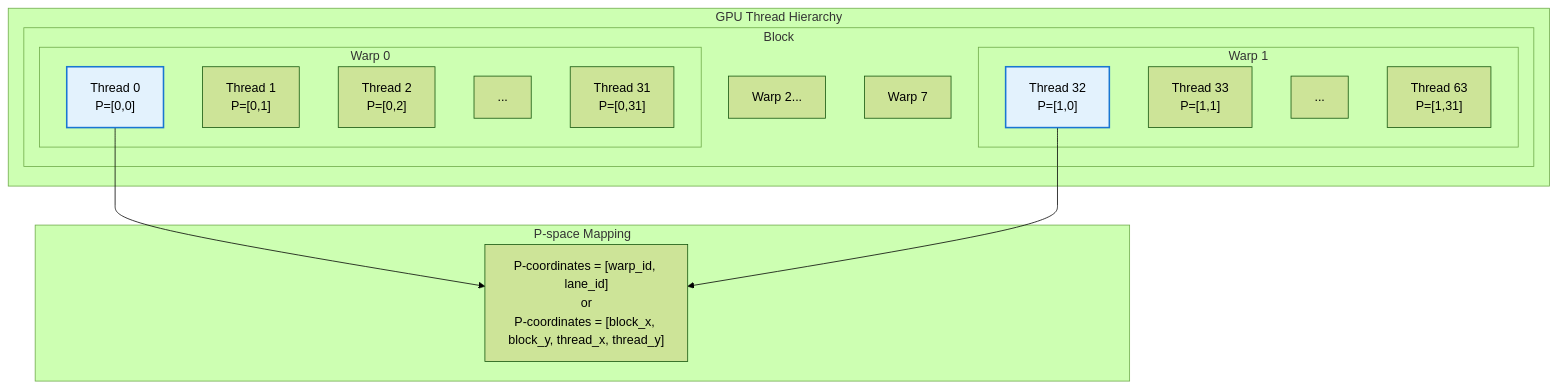
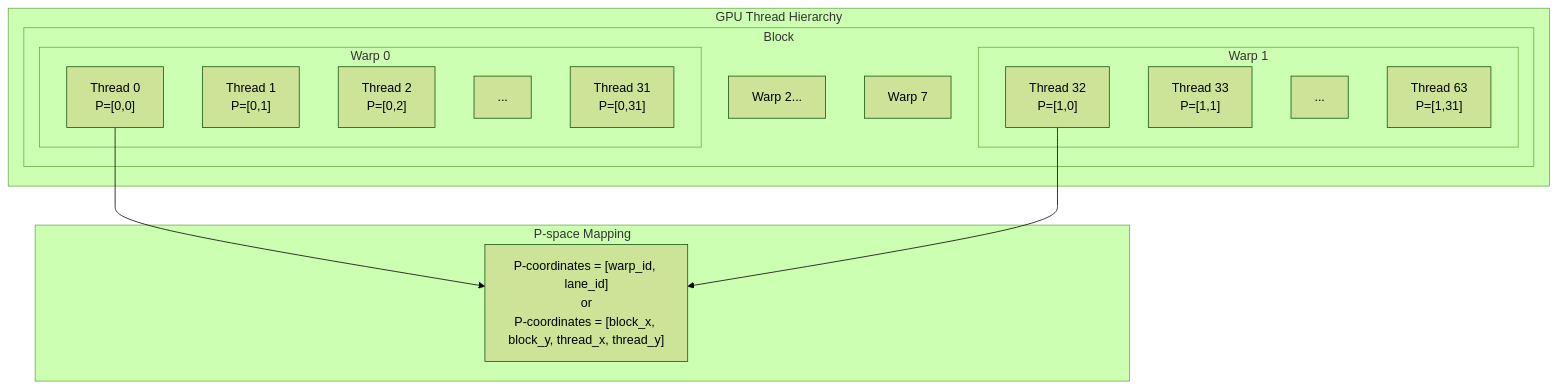
Before and after one commit to hdt98/rocm-libraries: the second of 6 diagrams in projects/composablekernel/docs/conceptual/ck_tile/coordinate_systems.rst, drawn with Mermaid (forest theme). The commit also changed other lines of this file and 21 other files, not shown here.

First line of the commit message:
[ck] Updated CK Tile documentation to use mermaid diagrams (#7955)

```diff
--- a/projects/composablekernel/docs/conceptual/ck_tile/coordinate_systems.rst
+++ b/projects/composablekernel/docs/conceptual/ck_tile/coordinate_systems.rst
@@ -91,32 +64,29 @@
-      .. mermaid::
-      
-         graph TB
-             subgraph "GPU Thread Hierarchy"
-                 subgraph "Block"
-                     subgraph "Warp 0"
-                         T0["Thread 0<br/>P=[0,0]"]
-                         T1["Thread 1<br/>P=[0,1]"]
-                         T2["Thread 2<br/>P=[0,2]"]
-                         T31["..."]
-                         T3["Thread 31<br/>P=[0,31]"]
-                     end
-                     subgraph "Warp 1"
-                         T32["Thread 32<br/>P=[1,0]"]
-                         T33["Thread 33<br/>P=[1,1]"]
-                         T34["..."]
-                         T63["Thread 63<br/>P=[1,31]"]
-                     end
-                     W2["Warp 2..."]
-                     W7["Warp 7"]
-                 end
-             end
-   
-             subgraph "P-space Mapping"
-                 PM["P-coordinates = [warp_id, lane_id]<br/>or<br/>P-coordinates = [block_x, block_y, thread_x, thread_y]"]
-             end
-   
-             T0 --> PM
-             T32 --> PM
-   
-             style T0 fill:#e3f2fd,stroke:#1976d2,stroke-width:2px
-             style T32 fill:#e3f2fd,stroke:#1976d2,stroke-width:2px
+.. mermaid::
+
+   graph TB
+       subgraph "GPU Thread Hierarchy"
+           subgraph "Block"
+               subgraph "Warp 0"
+                   T0["Thread 0<br/>P=[0,0]"]
+                   T1["Thread 1<br/>P=[0,1]"]
+                   T2["Thread 2<br/>P=[0,2]"]
+                   T31["..."]
+                   T3["Thread 31<br/>P=[0,31]"]
+               end
+               subgraph "Warp 1"
+                   T32["Thread 32<br/>P=[1,0]"]
+                   T33["Thread 33<br/>P=[1,1]"]
+                   T34["..."]
+                   T63["Thread 63<br/>P=[1,31]"]
+               end
+               W2["Warp 2..."]
+               W7["Warp 7"]
+           end
+       end
+
+       subgraph "P-space Mapping"
+           PM["P-coordinates = [warp_id, lane_id]<br/>or<br/>P-coordinates = [block_x, block_y, thread_x, thread_y]"]
+       end
+
+       T0 --> PM
+       T32 --> PM
```
